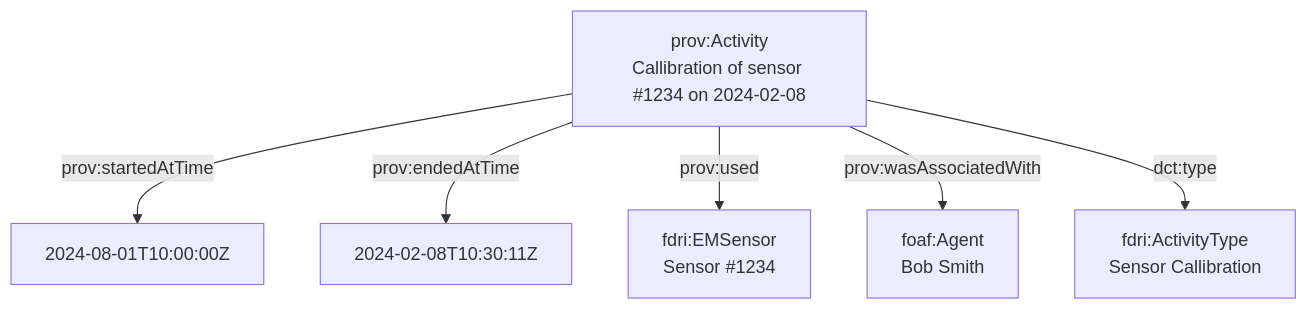
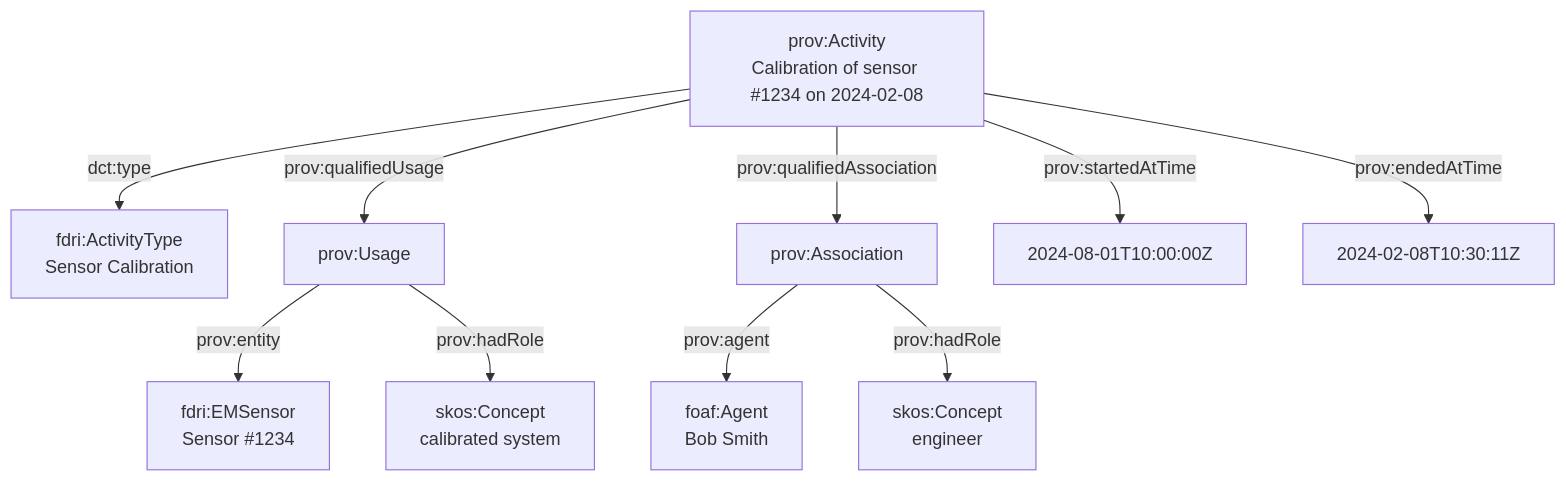
Before and after one commit to NERC-CEH/fdri-ontology: the eighth of 9 diagrams in doc/sensor-system.md, drawn with Mermaid. The commit also changed other lines of this file, not shown here.

Commit message:
Update sensor/system docs

````diff
--- a/doc/sensor-system.md
+++ b/doc/sensor-system.md
@@ -213,16 +226,26 @@
 ```mermaid
 flowchart
   activity["`prov:Activity
-  Callibration of sensor #1234 on 2024-02-08`"]
+  Calibration of sensor #1234 on 2024-02-08`"]
   sensor["`fdri:EMSensor
   Sensor #1234`"]
   agent["`foaf:Agent
   Bob Smith`"]
-  callibration["`fdri:ActivityType
-  Sensor Callibration`"]
+  calibration["`fdri:ActivityType
+  Sensor Calibration`"]
+  usage["`prov:Usage`"]
+  sensorRole["`skos:Concept
+  calibrated system`"]
+  association["`prov:Association`"]
+  agentRole["`skos:Concept
+  engineer`"]
   activity -- prov:startedAtTime --> x[2024-08-01T10:00:00Z]
   activity -- prov:endedAtTime --> y[2024-02-08T10:30:11Z]
-  activity -- prov:used --> sensor
-  activity -- prov:wasAssociatedWith --> agent
-  activity -- dct:type --> callibration
+  activity -- prov:qualifiedUsage --> usage
+  activity -- prov:qualifiedAssociation --> association
+  activity -- dct:type --> calibration
+  usage -- prov:entity --> sensor
+  usage -- prov:hadRole --> sensorRole
+  association -- prov:agent --> agent
+  association -- prov:hadRole --> agentRole
 ```
````
